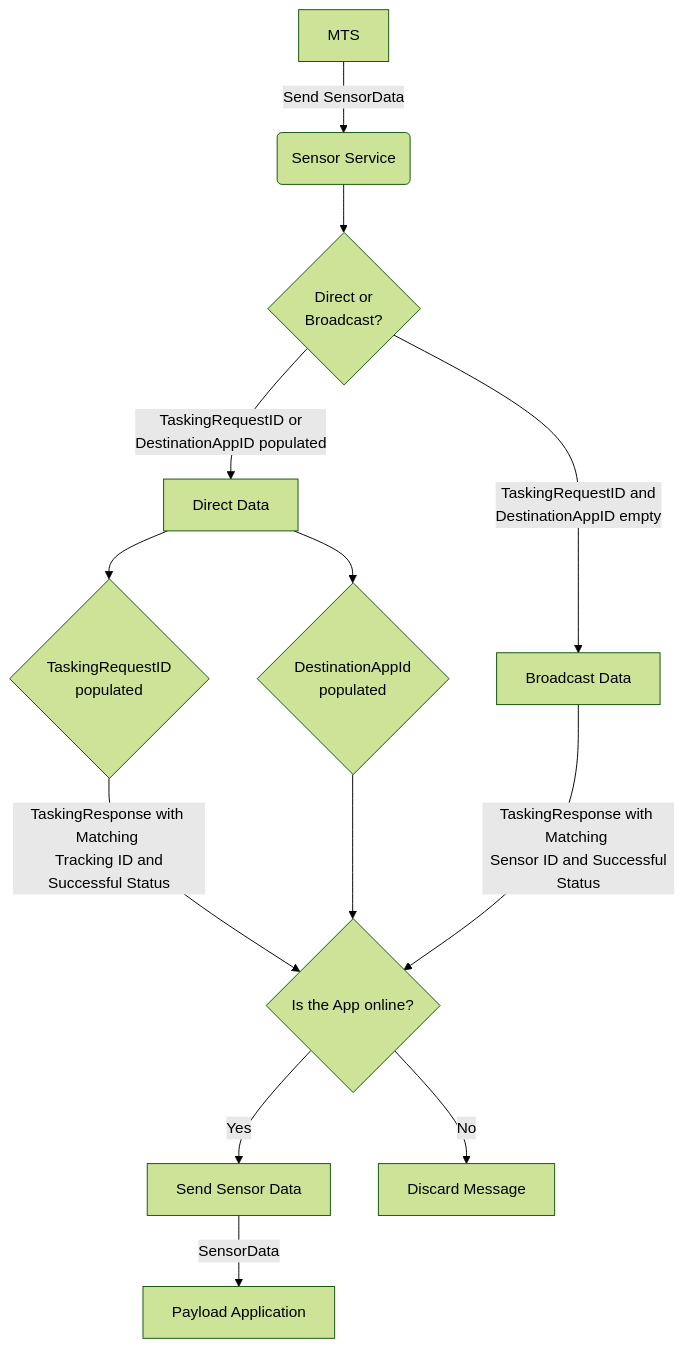
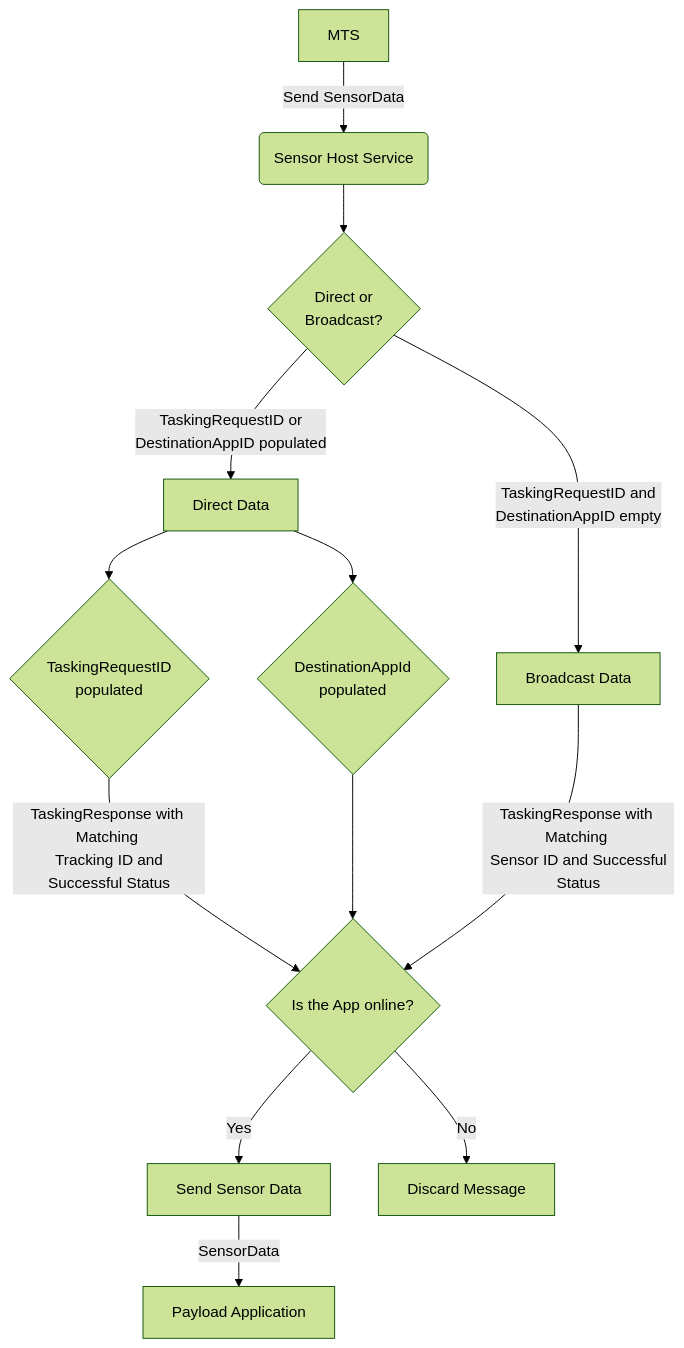
One commit to microsoft/azure-orbital-space-sdk changed the fourth of 4 diagrams in docs/architecture/runtime-framework/host-services/sensor.md. Above: the diagram before and after it, drawn with Mermaid (forest theme). The commit also changed other lines of this file, not shown here.

Commit message:
updates sensor doc

````diff
--- a/docs/architecture/runtime-framework/host-services/sensor.md
+++ b/docs/architecture/runtime-framework/host-services/sensor.md
@@ -140,15 +233,15 @@
 ```mermaid
 flowchart TD
-    A[MTS] -->|Send SensorData| B(Sensor Service)
+    A[MTS] -->|Send SensorData| B(Sensor Host Service)
     B --> C{Direct or <br /> Broadcast?}
     C -->|TaskingRequestID or <br /> DestinationAppID populated| D[Direct Data]
     D --> F{TaskingRequestID <br /> populated}
     F -->|TaskingResponse with Matching <br /> Tracking ID and Successful Status| T{Is the App online?}
     D --> H{DestinationAppId <br /> populated}
     H --> T
     C -->|TaskingRequestID and <br /> DestinationAppID empty| E[Broadcast Data]
     E -->|TaskingResponse with Matching <br /> Sensor ID and Successful Status| T{Is the App online?}
     T -->|Yes| W[Send Sensor Data]
     T -->|No| X[Discard Message]
     W -->|SensorData| R[Payload Application]
 ```
````
